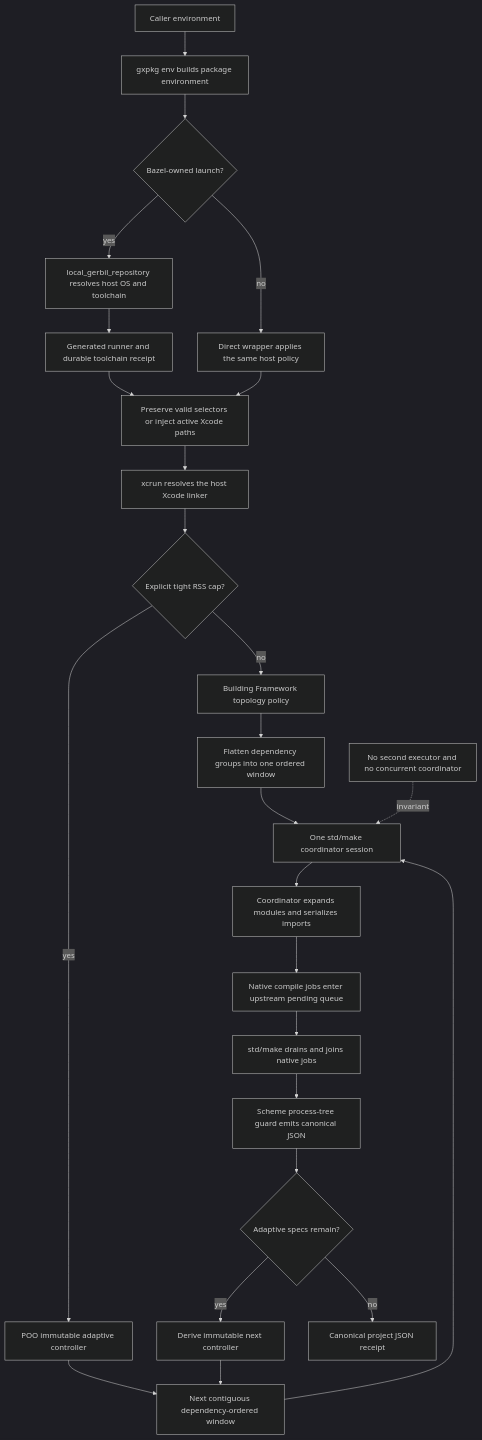
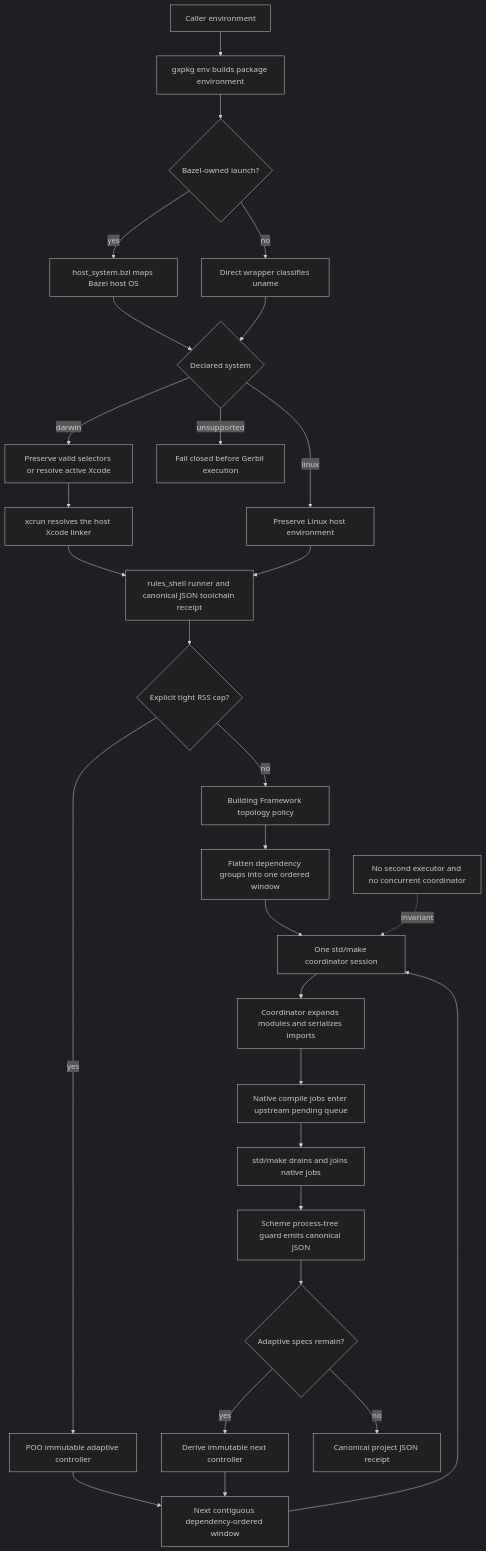
The second of 2 diagrams in docs/10-19-design/10.06-poo-module-system/147-adaptive-scheme-build-guard.org (tao3k/poo-flow), drawn with Mermaid (dark theme) before and after one commit. The commit also changed other lines of this file and 6 other files, not shown here.

Commit message:
refactor(build): declare host system policies

```diff
--- a/docs/10-19-design/10.06-poo-module-system/147-adaptive-scheme-build-guard.org
+++ b/docs/10-19-design/10.06-poo-module-system/147-adaptive-scheme-build-guard.org
@@ -363,27 +369,31 @@
 #+begin_src mermaid
 flowchart TD
   E["Caller environment"] --> X["gxpkg env builds package environment"]
   X --> B{"Bazel-owned launch?"}
-  B -->|"yes"| BT["local_gerbil_repository resolves host OS and toolchain"]
-  BT --> BR["Generated runner and durable toolchain receipt"]
-  B -->|"no"| ST["Direct wrapper applies the same host policy"]
-  BR --> H["Preserve valid selectors or inject active Xcode paths"]
-  ST --> H
+  B -->|"yes"| BT["host_system.bzl maps Bazel host OS"]
+  B -->|"no"| ST["Direct wrapper classifies uname"]
+  BT --> S{"Declared system"}
+  ST --> S
+  S -->|"darwin"| H["Preserve valid selectors or resolve active Xcode"]
   H --> L["xcrun resolves the host Xcode linker"]
-  L --> P{"Explicit tight RSS cap?"}
+  S -->|"linux"| LH["Preserve Linux host environment"]
+  S -->|"unsupported"| U["Fail closed before Gerbil execution"]
+  L --> BR["rules_shell runner and canonical JSON toolchain receipt"]
+  LH --> BR
+  BR --> P{"Explicit tight RSS cap?"}
   P -->|"no"| TP["Building Framework topology policy"]
   TP --> F["Flatten dependency groups into one ordered window"]
   P -->|"yes"| AP["POO immutable adaptive controller"]
   AP --> W["Next contiguous dependency-ordered window"]
   F --> M["One std/make coordinator session"]
   W --> M
   M --> I["Coordinator expands modules and serializes imports"]
   I --> Q["Native compile jobs enter upstream pending queue"]
   Q --> D["std/make drains and joins native jobs"]
   D --> G["Scheme process-tree guard emits canonical JSON"]
   G --> C{"Adaptive specs remain?"}
   C -->|"yes"| N["Derive immutable next controller"]
   N --> W
   C -->|"no"| R["Canonical project JSON receipt"]
   Z["No second executor and no concurrent coordinator"] -. invariant .-> M
 #+end_src
```
